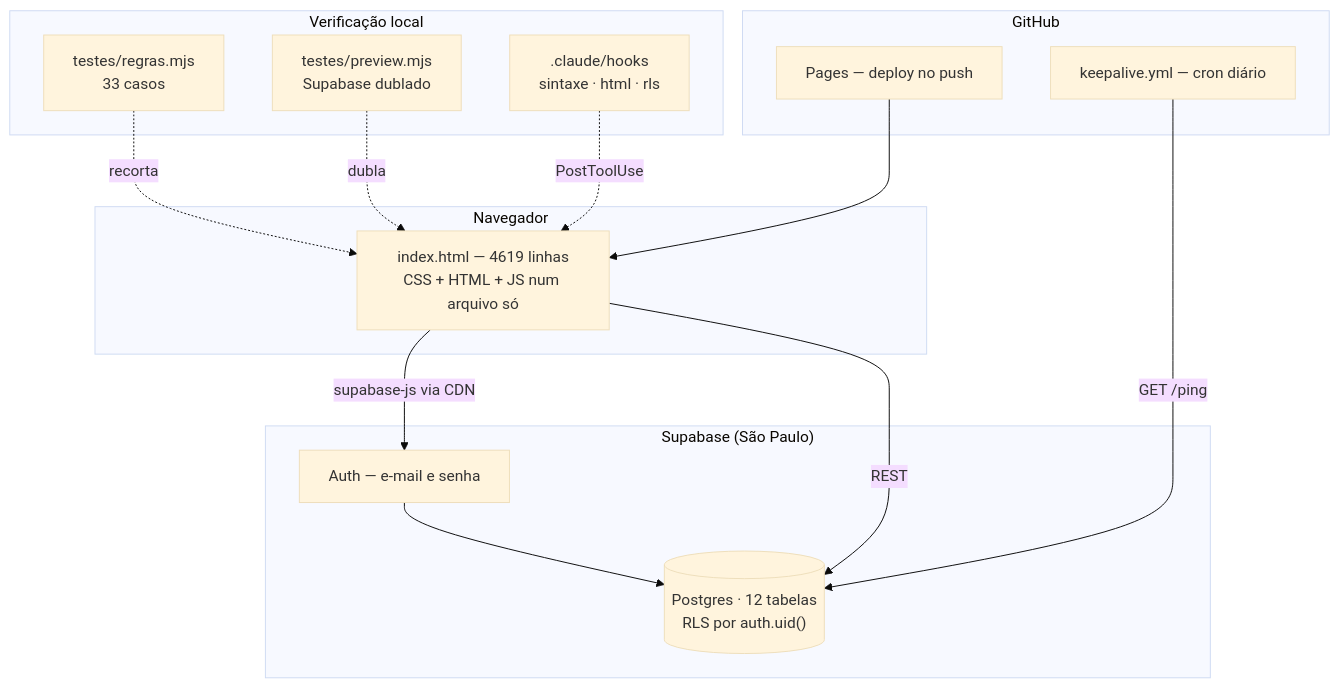
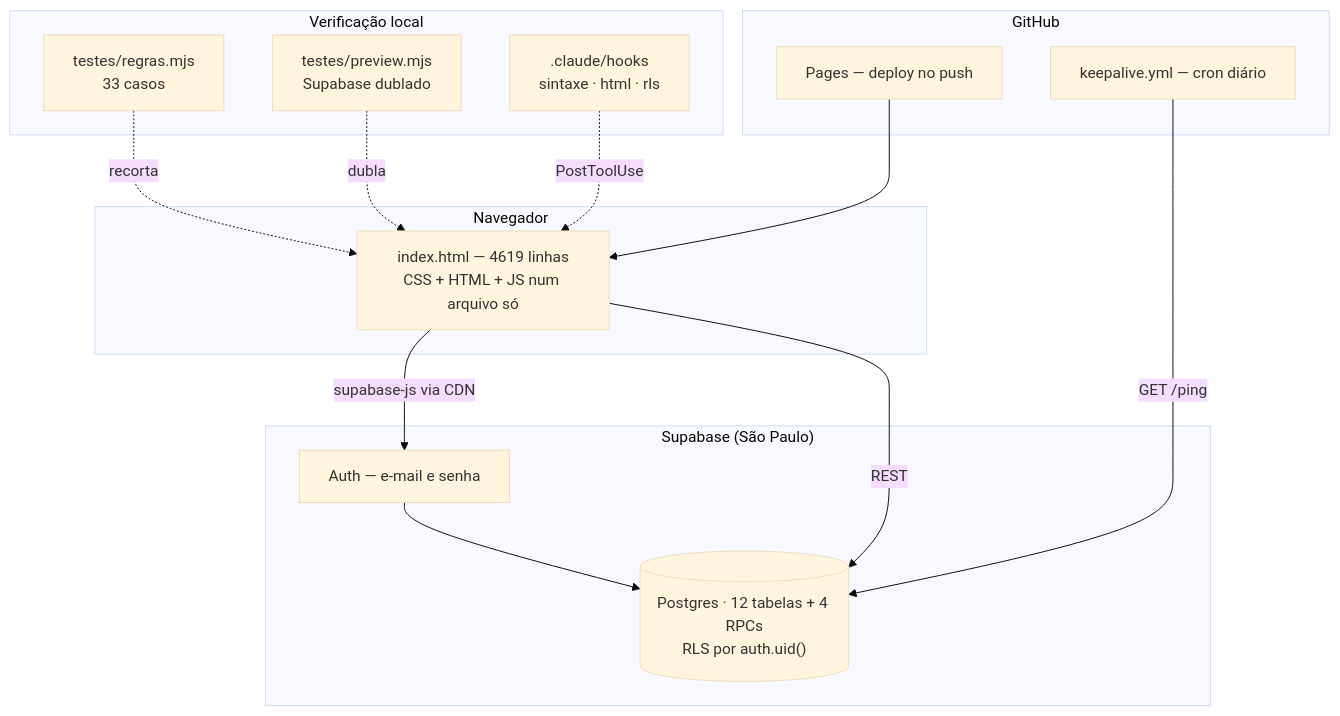
The first of 2 diagrams in docs/CODEBASE_MAP.md (oxeramon/lagrimas-do-clt), drawn with Mermaid (base theme) before and after one commit. The commit also changed other lines of this file and 4 other files, not shown here.

````diff
--- a/docs/CODEBASE_MAP.md
+++ b/docs/CODEBASE_MAP.md
@@ -19,27 +19,27 @@
 ```mermaid
 graph TB
     subgraph Navegador
         HTML["index.html — 4619 linhas<br/>CSS + HTML + JS num arquivo só"]
     end
     subgraph "Supabase (São Paulo)"
         Auth["Auth — e-mail e senha"]
-        PG[("Postgres · 12 tabelas<br/>RLS por auth.uid()")]
+        PG[("Postgres · 12 tabelas + 4 RPCs<br/>RLS por auth.uid()")]
     end
     subgraph GitHub
         Pages["Pages — deploy no push"]
         Cron["keepalive.yml — cron diário"]
     end
     subgraph "Verificação local"
         Regras["testes/regras.mjs<br/>33 casos"]
         Preview["testes/preview.mjs<br/>Supabase dublado"]
         Hooks[".claude/hooks<br/>sintaxe · html · rls"]
     end
     HTML -->|supabase-js via CDN| Auth
     HTML -->|REST| PG
     Auth --> PG
     Pages --> HTML
     Cron -->|GET /ping| PG
     Regras -.recorta.-> HTML
     Preview -.dubla.-> HTML
     Hooks -.PostToolUse.-> HTML
 ```
````
